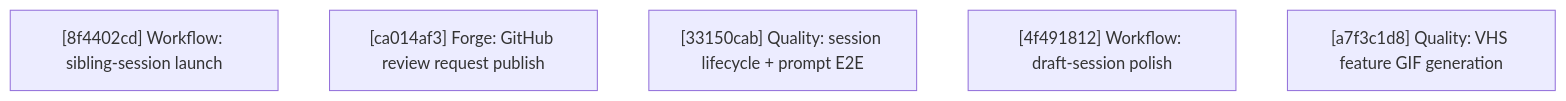
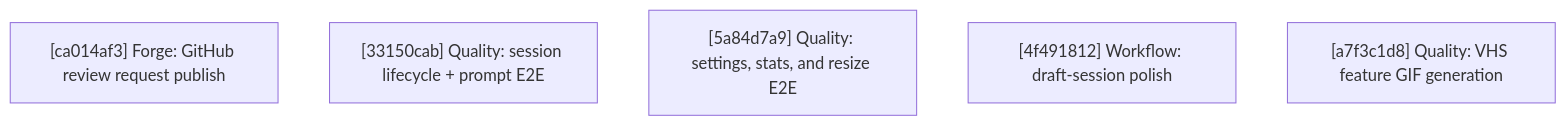
Before and after one commit to agentty-xyz/agentty: the diagram in docs/plan/roadmap.md, drawn with Mermaid. The commit also changed other lines of this file and 6 other files, not shown here.

First line of the commit message:
Adopt promotion-based roadmap ownership process

````diff
--- a/docs/plan/roadmap.md
+++ b/docs/plan/roadmap.md
@@ -185,8 +184,8 @@
 ```mermaid
 flowchart TD
-    R1["[8f4402cd] Workflow: sibling-session launch"]
-    R2["[ca014af3] Forge: GitHub review request publish"]
-    R3["[33150cab] Quality: session lifecycle + prompt E2E"]
+    R1["[ca014af3] Forge: GitHub review request publish"]
+    R2["[33150cab] Quality: session lifecycle + prompt E2E"]
+    R3["[5a84d7a9] Quality: settings, stats, and resize E2E"]
     R4["[4f491812] Workflow: draft-session polish"]
     R5["[a7f3c1d8] Quality: VHS feature GIF generation"]
 ```
````
